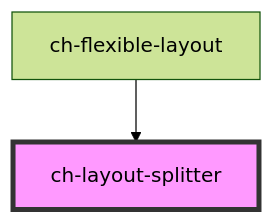
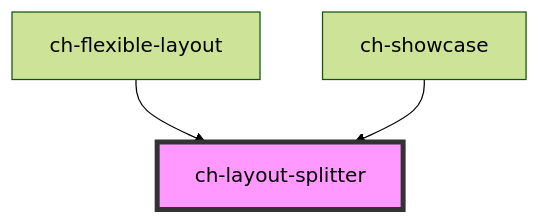
The diagram in src/components/layout-splitter/readme.md (genexuslabs/chameleon-controls-library), drawn with Mermaid (forest theme) before and after one commit. The commit also changed other lines of this file and 9 other files, not shown here.

````diff
--- a/src/components/layout-splitter/readme.md
+++ b/src/components/layout-splitter/readme.md
@@ -85,5 +86,6 @@
 ```mermaid
 graph TD;
   ch-flexible-layout --> ch-layout-splitter
+  ch-showcase --> ch-layout-splitter
   style ch-layout-splitter fill:#f9f,stroke:#333,stroke-width:4px
 ```
````
